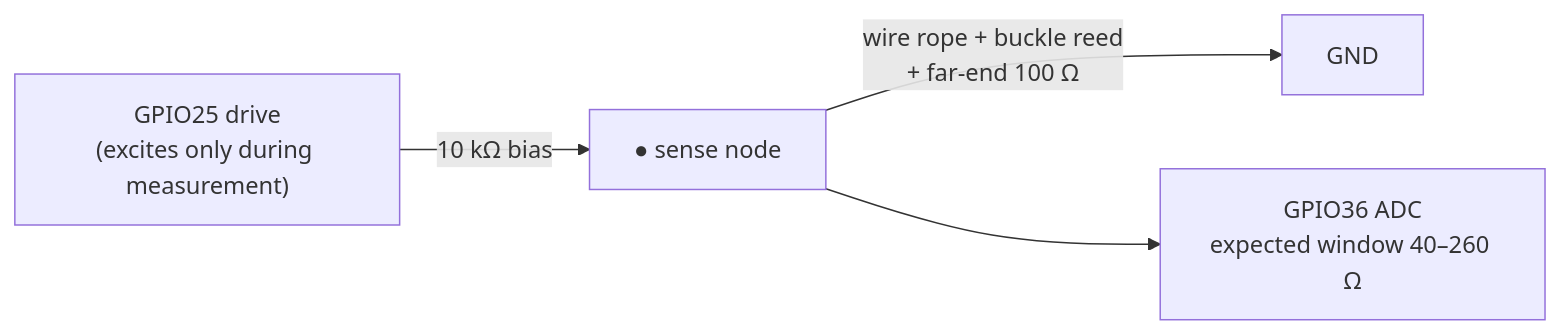
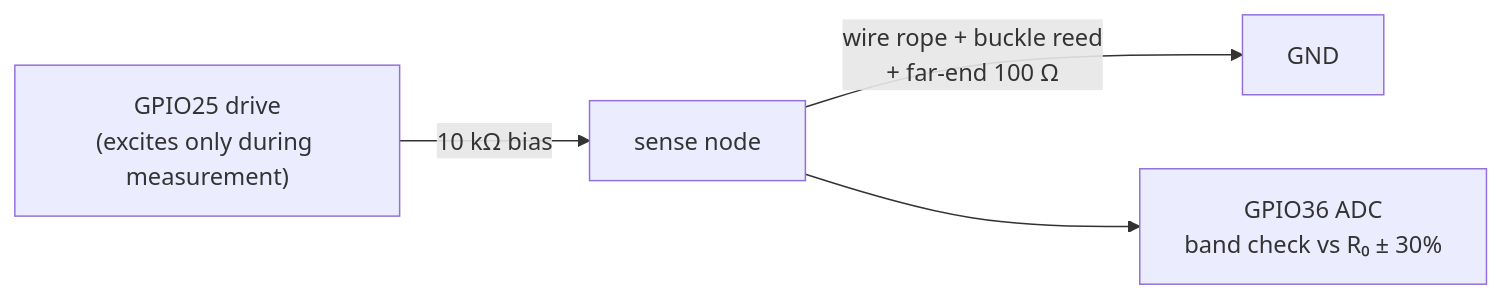
Before and after one commit to qppd/smart-collar: the diagram in docs/HARDWARE.md, drawn with Mermaid. The commit also changed other lines of this file and 17 other files, not shown here.

First line of the commit message:
Docs: complete offline-first build guide with wiring diagram and Map Pack

````diff
--- a/docs/HARDWARE.md
+++ b/docs/HARDWARE.md
@@ -63,6 +63,6 @@
 ```mermaid
 flowchart LR
-    G25["GPIO25 drive<br/>(excites only during measurement)"] -- "10 kΩ bias" --> NODE["● sense node"]
+    G25["GPIO25 drive<br/>(excites only during measurement)"] -- "10 kΩ bias" --> NODE["sense node"]
     NODE -- "wire rope + buckle reed<br/>+ far-end 100 Ω" --> GND["GND"]
-    NODE --> ADC["GPIO36 ADC<br/>expected window 40–260 Ω"]
+    NODE --> ADC["GPIO36 ADC<br/>band check vs R₀ ± 30%"]
 ```
````
